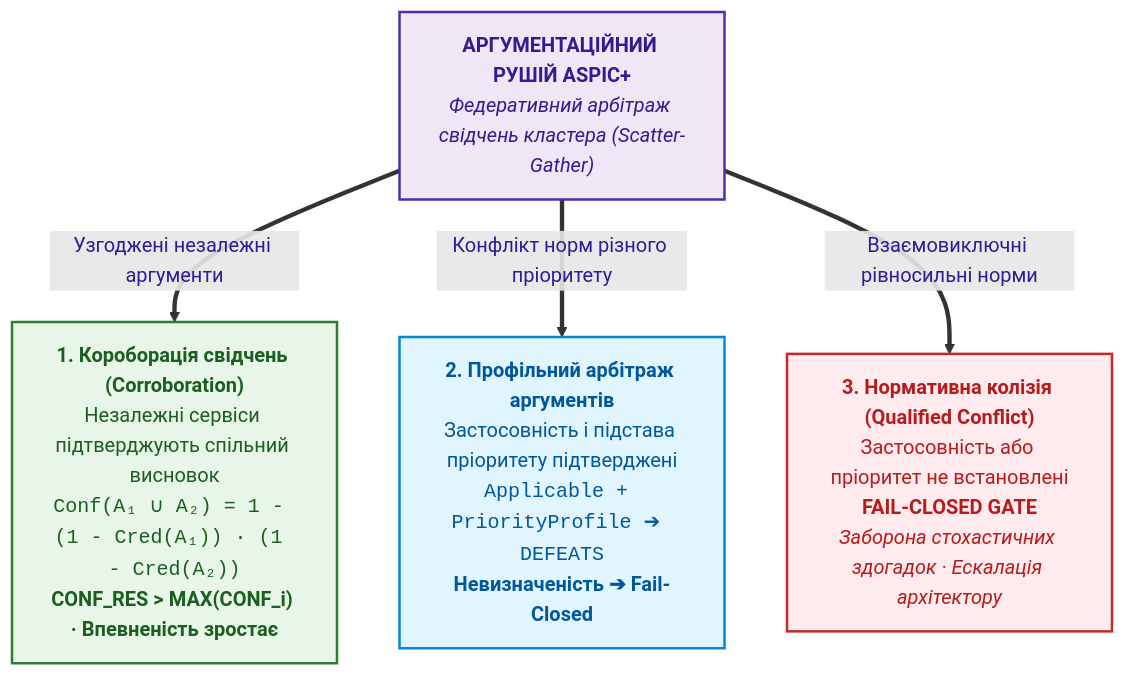
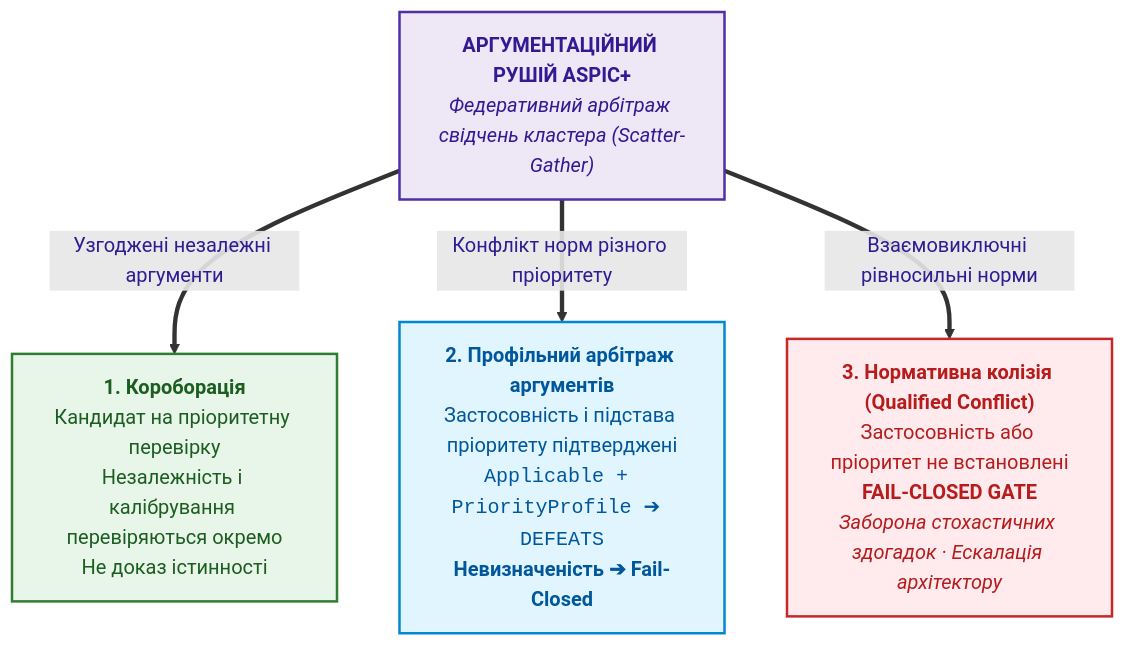
Before and after one commit to nick-fedchik/articles: the fourth of 6 diagrams in ExpertSystem/ch40-distributed-epistemic-architectures-soa-and-cluster-scaling.md, drawn with Mermaid. The commit also changed other lines of this file and 7 other files, not shown here.

````diff
--- a/ExpertSystem/ch40-distributed-epistemic-architectures-soa-and-cluster-scaling.md
+++ b/ExpertSystem/ch40-distributed-epistemic-architectures-soa-and-cluster-scaling.md
@@ -392,27 +522,27 @@
 ```mermaid
 flowchart TD
     accTitle: Федеративний аргументаційний арбітраж свідчень на базі ASPIC+
     accDescr: Три гілки опрацювання федеративних аргументів: короборація, анулювання та захисний шлюз нормативної колізії Fail-Closed.
 
     ENGINE["<b>АРГУМЕНТАЦІЙНИЙ РУШІЙ ASPIC+</b><br><i>Федеративний арбітраж свідчень кластера (Scatter-Gather)</i>"]
 
-    BRANCH1["<b>1. Короборація свідчень (Corroboration)</b><br>Незалежні сервіси підтверджують спільний висновок<br><code>Conf(A₁ ∪ A₂) = 1 - (1 - Cred(A₁)) · (1 - Cred(A₂))</code><br><b>CONF_RES &gt; MAX(CONF_i) · Впевненість зростає</b>"]
+   BRANCH1["<b>1. Короборація</b><br>Кандидат на пріоритетну перевірку<br>Незалежність і калібрування перевіряються окремо<br>Не доказ істинності"]
 
    BRANCH2["<b>2. Профільний арбітраж аргументів</b><br>Застосовність і підстава пріоритету підтверджені<br><code>Applicable + PriorityProfile ➔ DEFEATS</code><br><b>Невизначеність ➔ Fail-Closed</b>"]
 
    BRANCH3["<b>3. Нормативна колізія (Qualified Conflict)</b><br>Застосовність або пріоритет не встановлені<br><b>FAIL-CLOSED GATE</b><br><i>Заборона стохастичних здогадок · Ескалація архітектору</i>"]
 
     ENGINE ==>|Узгоджені незалежні аргументи| BRANCH1
     ENGINE ==>|Конфлікт норм різного пріоритету| BRANCH2
     ENGINE ==>|Взаємовиключні рівносильні норми| BRANCH3
 
     classDef root fill:#ede7f6,stroke:#512da8,stroke-width:2px,color:#311b92;
     classDef corrob fill:#e8f5e9,stroke:#2e7d32,stroke-width:2px,color:#1b5e20;
     classDef defeat fill:#e1f5fe,stroke:#0288d1,stroke-width:2px,color:#01579b;
     classDef conflict fill:#ffebee,stroke:#c62828,stroke-width:2px,color:#b71c1c;
 
     class ENGINE root;
     class BRANCH1 corrob;
     class BRANCH2 defeat;
     class BRANCH3 conflict;
 ```
````
